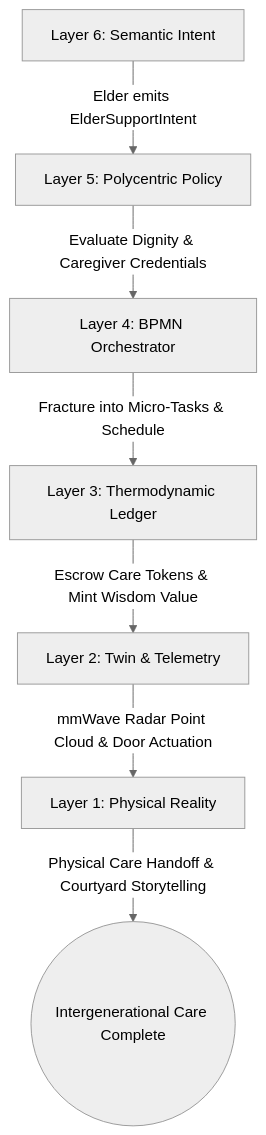
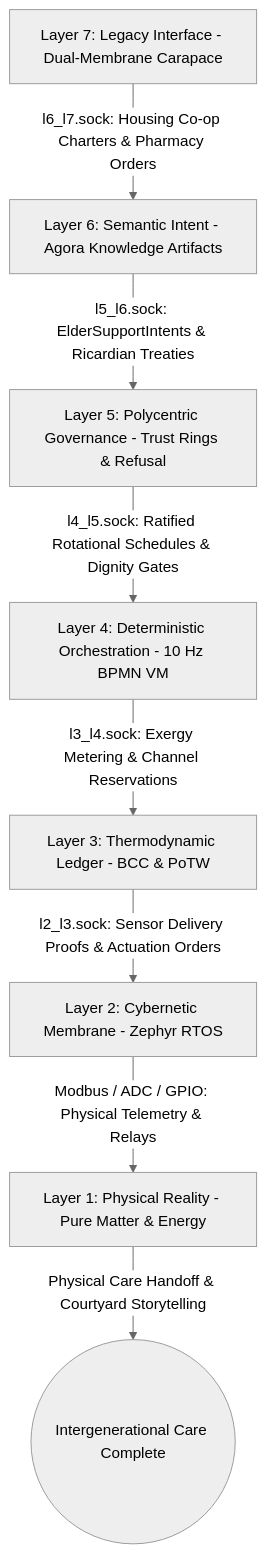
The first of 4 diagrams in docs/scenarios/phi_elder.md (raffaine/collective), drawn with Mermaid (neutral theme) before and after one commit. The commit also changed other lines of this file and 23 other files, not shown here.

````diff
--- a/docs/scenarios/phi_elder.md
+++ b/docs/scenarios/phi_elder.md
@@ -41,9 +44,10 @@
 ```mermaid
 graph TD
-    L6[Layer 6: Semantic Intent] -->|Elder emits ElderSupportIntent| L5[Layer 5: Polycentric Policy]
-    L5 -->|Evaluate Dignity & Caregiver Credentials| L4[Layer 4: BPMN Orchestrator]
-    L4 -->|Fracture into Micro-Tasks & Schedule| L3[Layer 3: Thermodynamic Ledger]
-    L3 -->|Escrow Care Tokens & Mint Wisdom Value| L2[Layer 2: Twin & Telemetry]
-    L2 -->|mmWave Radar Point Cloud & Door Actuation| L1[Layer 1: Physical Reality]
+    L7[Layer 7: Legacy Interface - Dual-Membrane Carapace] -->|l6_l7.sock: Housing Co-op Charters & Pharmacy Orders| L6[Layer 6: Semantic Intent - Agora Knowledge Artifacts]
+    L6 -->|l5_l6.sock: ElderSupportIntents & Ricardian Treaties| L5[Layer 5: Polycentric Governance - Trust Rings & Refusal]
+    L5 -->|l4_l5.sock: Ratified Rotational Schedules & Dignity Gates| L4[Layer 4: Deterministic Orchestration - 10 Hz BPMN VM]
+    L4 -->|l3_l4.sock: Exergy Metering & Channel Reservations| L3[Layer 3: Thermodynamic Ledger - BCC & PoTW]
+    L3 -->|l2_l3.sock: Sensor Delivery Proofs & Actuation Orders| L2[Layer 2: Cybernetic Membrane - Zephyr RTOS]
+    L2 -->|Modbus / ADC / GPIO: Physical Telemetry & Relays| L1[Layer 1: Physical Reality - Pure Matter & Energy]
     L1 -->|Physical Care Handoff & Courtyard Storytelling| End((Intergenerational Care Complete))
 ```
````
